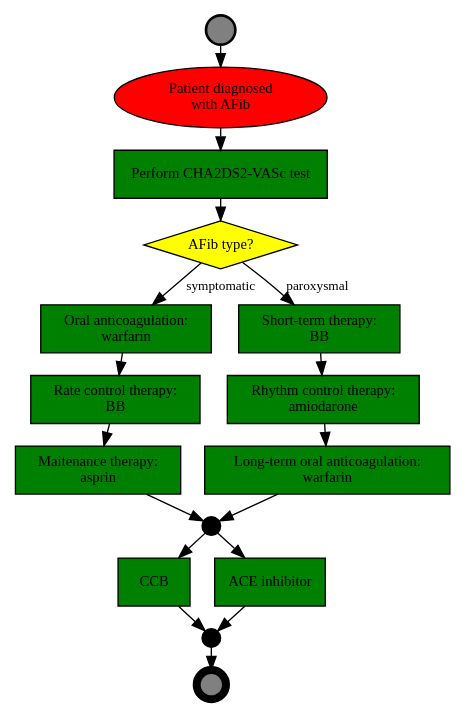
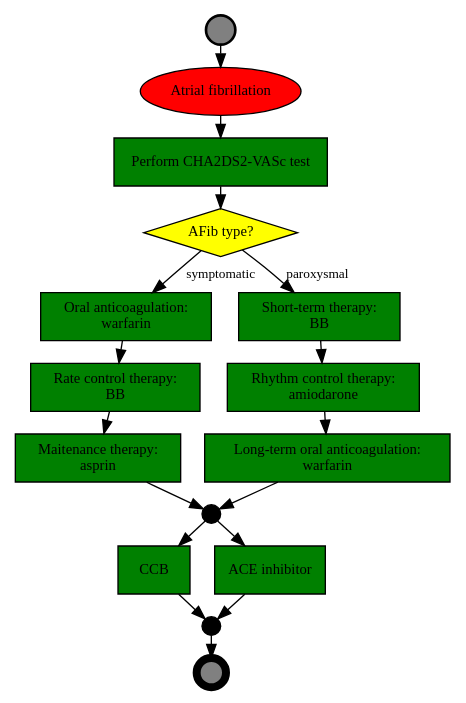
One commit to dradka/Program changed the diagram in algorytmy/afib-ver-4.dot. Above: the diagram before and after it, drawn with Graphviz. The commit also changed 6 other files, not shown here.

```diff
--- a/algorytmy/afib-ver-4.dot
+++ b/algorytmy/afib-ver-4.dot
@@ -1,53 +1,53 @@
 // AF - atrial fibliration 
 // the initial version was proposed for the AIME 2013 paper
 // this is a new version developed by Wojtek
 // version 4 --  customized for representation in pseudo-code and consistent with what was presented in the AIME paper
 
 digraph AFIB {
 	ranksep=0.1;
 node [shape=box, style=filled, fillcolor=green, fontname=Calibri, fontsize=11];
 edge [fontname="Calibri Italic", fontsize=10];
 
 // Context
-c_afib [label="Patient diagnosed \n with AFib", shape=oval, style=filled, fillcolor=red];
+c_afib [label="Atrial fibrillation", shape=oval, style=filled, fillcolor=red];
 
 // Actions
 a_cha2ds2 [label="Perform CHA2DS2-VASc test"];
 a_oa_w [label="Oral anticoagulation: \n warfarin"];
 a_rct_bb [label="Rate control therapy: \n BB"];
 a_mt_asa [label="Maitenance therapy: \n asprin"]
 
 a_stt_bb [label="Short-term therapy: \n BB"];
 a_rct_a [label="Rhythm control therapy: \n amiodarone"];
 a_ltoa_w [label="Long-term oral anticoagulation: \n warfarin"]
 
 a_ccb [label="CCB"];
 a_acei [label="ACE inhibitor"];
 
 // Decisions
 d_paroxys_afib [shape=diamond, fillcolor=yellow, label="AFib type?"];
 
 // Parallel gateways
 p1 [shape=circle, label="", width=0.2, fillcolor=black];
 p2 [shape=circle, label="", width=0.2, fillcolor=black];
 
 // Event nodes
 e_start [shape=circle, label="", width=0.3, penwidth=2, fillcolor="gray"];
 e_end [shape=circle, label="", width=0.3, penwidth=6, fillcolor="gray"];
 
 // Arcs
 e_start -> c_afib -> a_cha2ds2 ->  d_paroxys_afib;
 d_paroxys_afib -> a_oa_w [label="symptomatic"];
 d_paroxys_afib -> a_stt_bb [label="paroxysmal"];
 a_oa_w -> a_rct_bb;
 a_rct_bb -> a_mt_asa;
 a_mt_asa -> p1;
 a_stt_bb -> a_rct_a;
 a_rct_a -> a_ltoa_w;
 a_ltoa_w -> p1;
 p1 -> a_ccb;
 p1 -> a_acei;
 a_ccb -> p2;
 a_acei -> p2;
 p2 -> e_end;
 }
```
